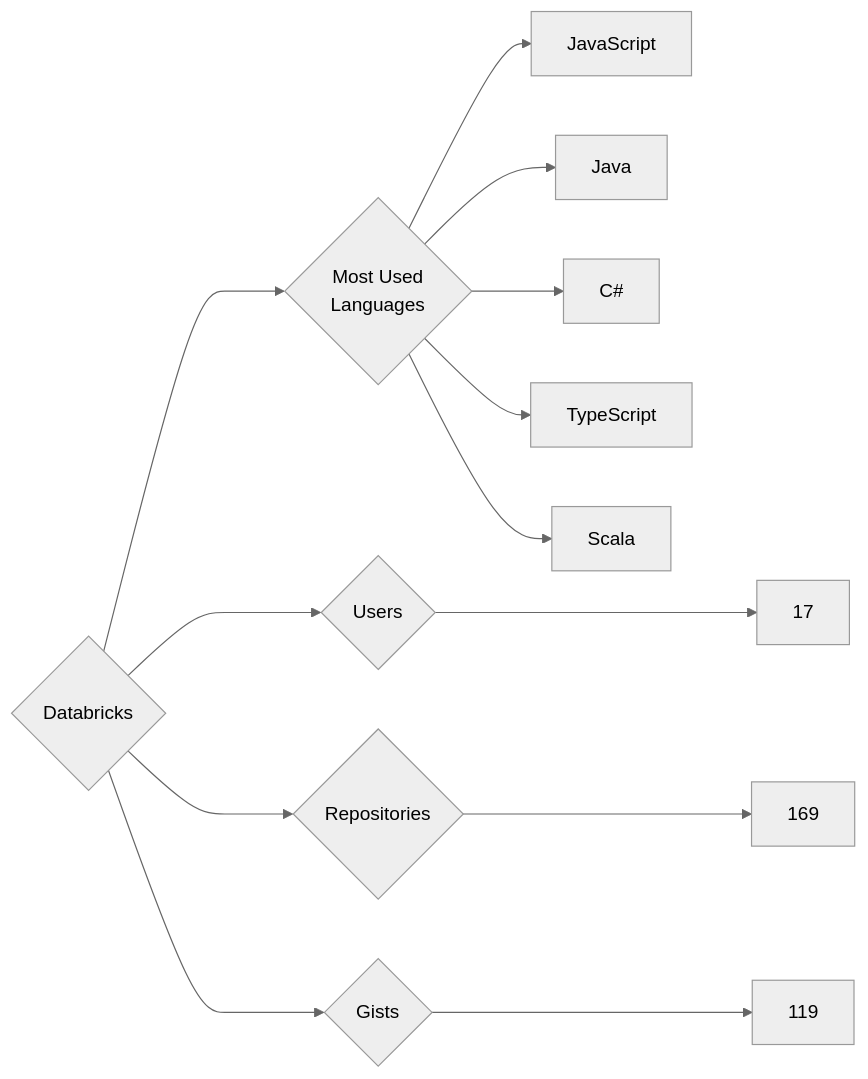
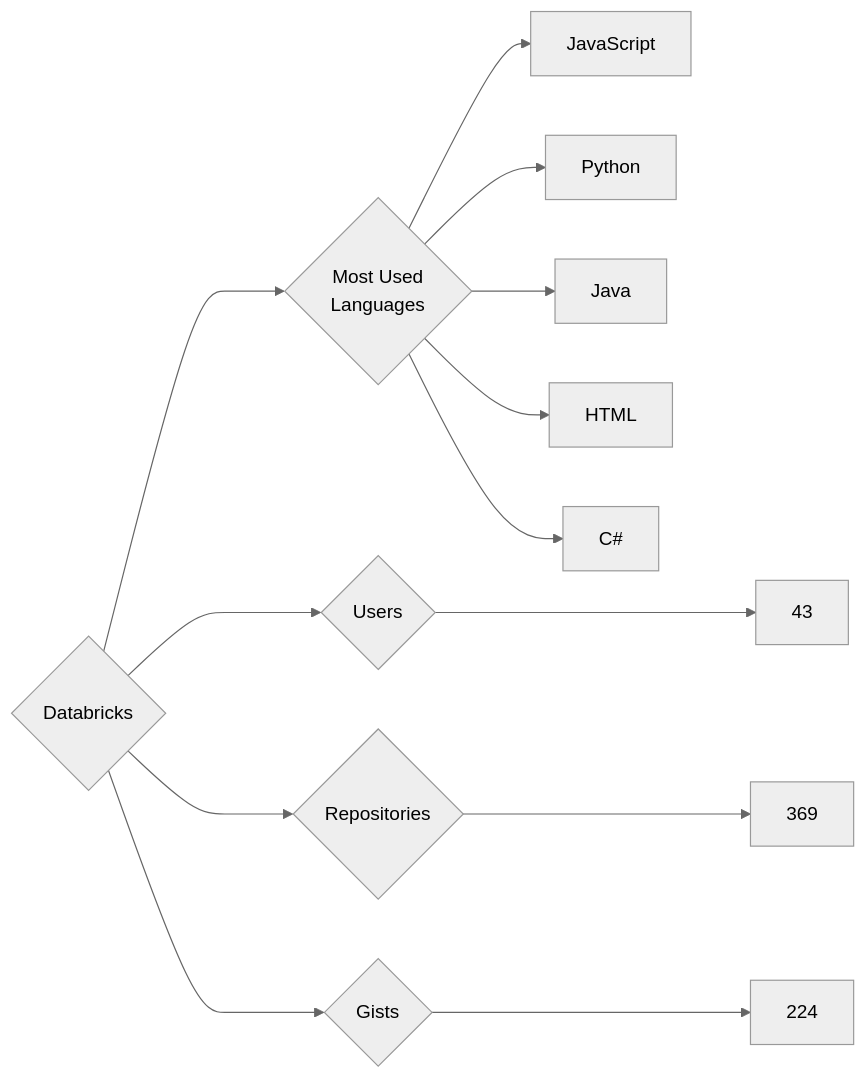
The diagram in targets/Databricks/README.md (trickest/insiders), drawn with Mermaid (neutral theme) before and after one commit. The commit also changed 912 other files, not shown here.

````diff
--- a/targets/Databricks/README.md
+++ b/targets/Databricks/README.md
@@ -3,13 +3,13 @@
 ```mermaid
 graph LR
 COMPANY_NAME{Databricks}
-COMPANY_NAME ---> U{Users} ---> UN[17]
-COMPANY_NAME ---> R{Repositories} ---> RN[169]
-COMPANY_NAME ---> G{Gists} ---> GN[119]
+COMPANY_NAME ---> U{Users} ---> UN[43]
+COMPANY_NAME ---> R{Repositories} ---> RN[369]
+COMPANY_NAME ---> G{Gists} ---> GN[224]
 COMPANY_NAME ---> ML{Most Used<br>Languages}
 ML --> JavaScript[JavaScript]
+ML --> Python[Python]
 ML --> Java[Java]
+ML --> HTML[HTML]
 ML --> C#[C#]
-ML --> TypeScript[TypeScript]
-ML --> Scala[Scala]
 ```
````
